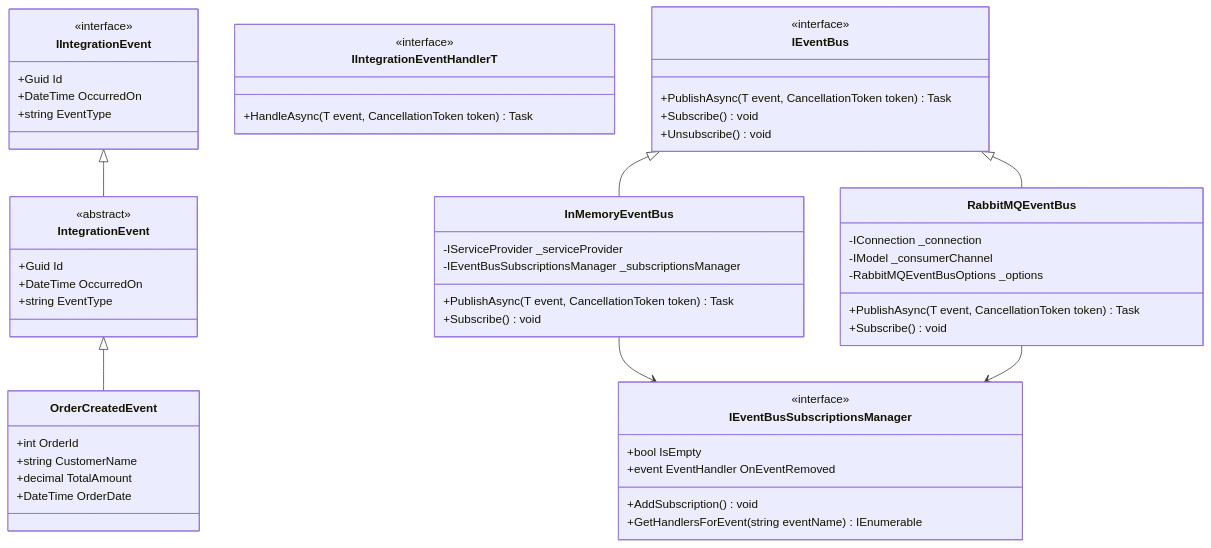
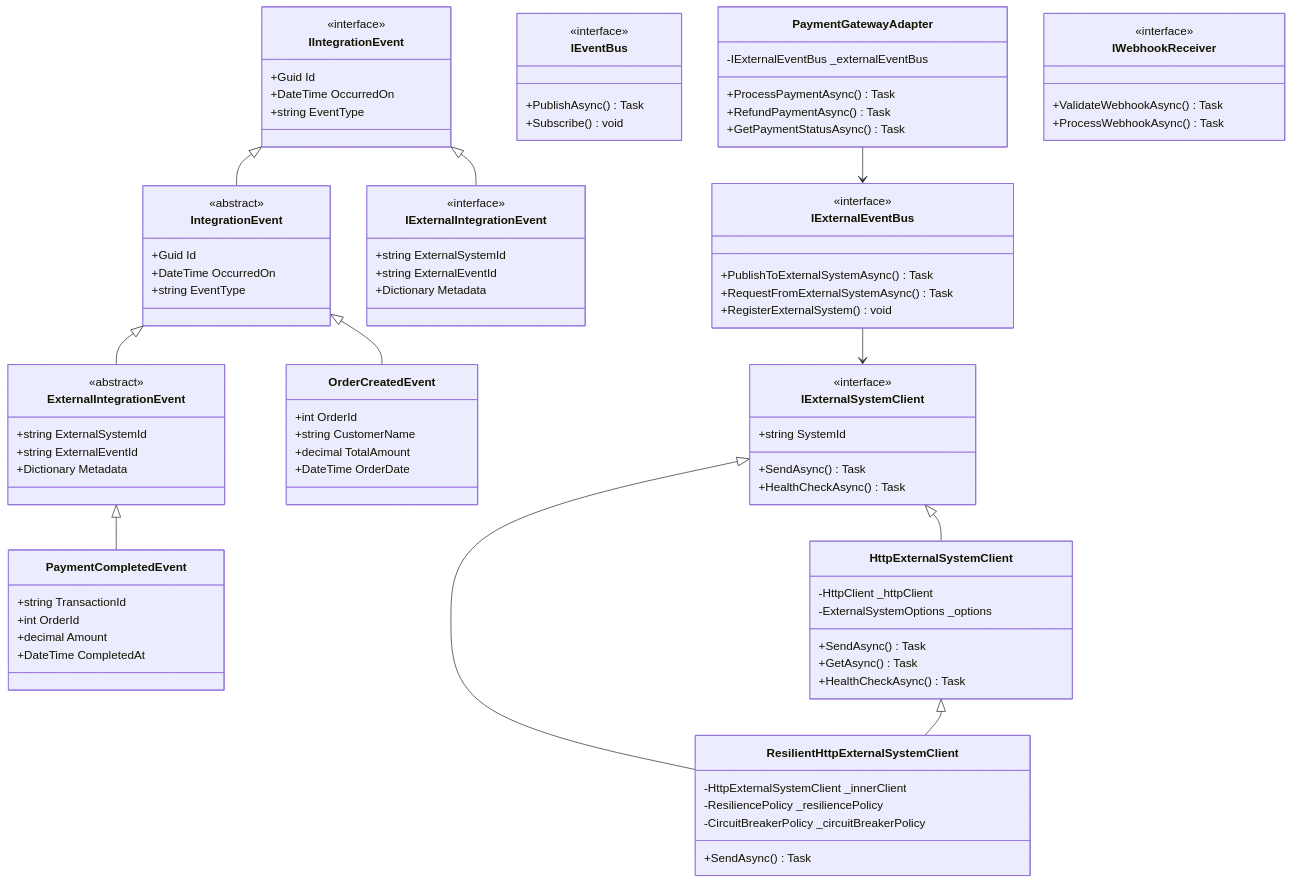
Before and after one commit to nakhmadaliev-webase/integration_bus: the third of 11 diagrams in ARCHITECTURE_FLOW.md, drawn with Mermaid. The commit also changed other lines of this file and 23 other files, not shown here.

First line of the commit message:
Add External Integration Bus with comprehensive features

````diff
--- a/ARCHITECTURE_FLOW.md
+++ b/ARCHITECTURE_FLOW.md
@@ -100,6 +155,20 @@
         +string EventType
     }
     
+    class IExternalIntegrationEvent {
+        <<interface>>
+        +string ExternalSystemId
+        +string ExternalEventId
+        +Dictionary Metadata
+    }
+    
+    class ExternalIntegrationEvent {
+        <<abstract>>
+        +string ExternalSystemId
+        +string ExternalEventId
+        +Dictionary Metadata
+    }
+    
     class OrderCreatedEvent {
         +int OrderId
         +string CustomerName
@@ -107,45 +176,69 @@
         +DateTime OrderDate
     }
     
-    class IIntegrationEventHandlerT {
-        <<interface>>
-        +HandleAsync(T event, CancellationToken token) Task
+    class PaymentCompletedEvent {
+        +string TransactionId
+        +int OrderId
+        +decimal Amount
+        +DateTime CompletedAt
     }
     
     class IEventBus {
         <<interface>>
-        +PublishAsync(T event, CancellationToken token) Task
-        +Subscribe() void
-        +Unsubscribe() void
-    }
-    
-    class InMemoryEventBus {
-        -IServiceProvider _serviceProvider
-        -IEventBusSubscriptionsManager _subscriptionsManager
-        +PublishAsync(T event, CancellationToken token) Task
+        +PublishAsync() Task
         +Subscribe() void
     }
     
-    class RabbitMQEventBus {
-        -IConnection _connection
-        -IModel _consumerChannel
-        -RabbitMQEventBusOptions _options
-        +PublishAsync(T event, CancellationToken token) Task
-        +Subscribe() void
+    class IExternalEventBus {
+        <<interface>>
+        +PublishToExternalSystemAsync() Task
+        +RequestFromExternalSystemAsync() Task
+        +RegisterExternalSystem() void
     }
     
-    class IEventBusSubscriptionsManager {
+    class IExternalSystemClient {
         <<interface>>
-        +bool IsEmpty
-        +event EventHandler OnEventRemoved
-        +AddSubscription() void
-        +GetHandlersForEvent(string eventName) IEnumerable
+        +string SystemId
+        +SendAsync() Task
+        +HealthCheckAsync() Task
+    }
+    
+    class HttpExternalSystemClient {
+        -HttpClient _httpClient
+        -ExternalSystemOptions _options
+        +SendAsync() Task
+        +GetAsync() Task
+        +HealthCheckAsync() Task
+    }
+    
+    class ResilientHttpExternalSystemClient {
+        -HttpExternalSystemClient _innerClient
+        -ResiliencePolicy _resiliencePolicy
+        -CircuitBreakerPolicy _circuitBreakerPolicy
+        +SendAsync() Task
+    }
+    
+    class PaymentGatewayAdapter {
+        -IExternalEventBus _externalEventBus
+        +ProcessPaymentAsync() Task
+        +RefundPaymentAsync() Task
+        +GetPaymentStatusAsync() Task
+    }
+    
+    class IWebhookReceiver {
+        <<interface>>
+        +ValidateWebhookAsync() Task
+        +ProcessWebhookAsync() Task
     }
     
     IIntegrationEvent <|-- IntegrationEvent
+    IIntegrationEvent <|-- IExternalIntegrationEvent
+    IntegrationEvent <|-- ExternalIntegrationEvent
     IntegrationEvent <|-- OrderCreatedEvent
-    IEventBus <|-- InMemoryEventBus
-    IEventBus <|-- RabbitMQEventBus
-    InMemoryEventBus --> IEventBusSubscriptionsManager
-    RabbitMQEventBus --> IEventBusSubscriptionsManager
+    ExternalIntegrationEvent <|-- PaymentCompletedEvent
+    IExternalSystemClient <|-- HttpExternalSystemClient
+    IExternalSystemClient <|-- ResilientHttpExternalSystemClient
+    HttpExternalSystemClient <|-- ResilientHttpExternalSystemClient
+    PaymentGatewayAdapter --> IExternalEventBus
+    IExternalEventBus --> IExternalSystemClient
 ```
````
